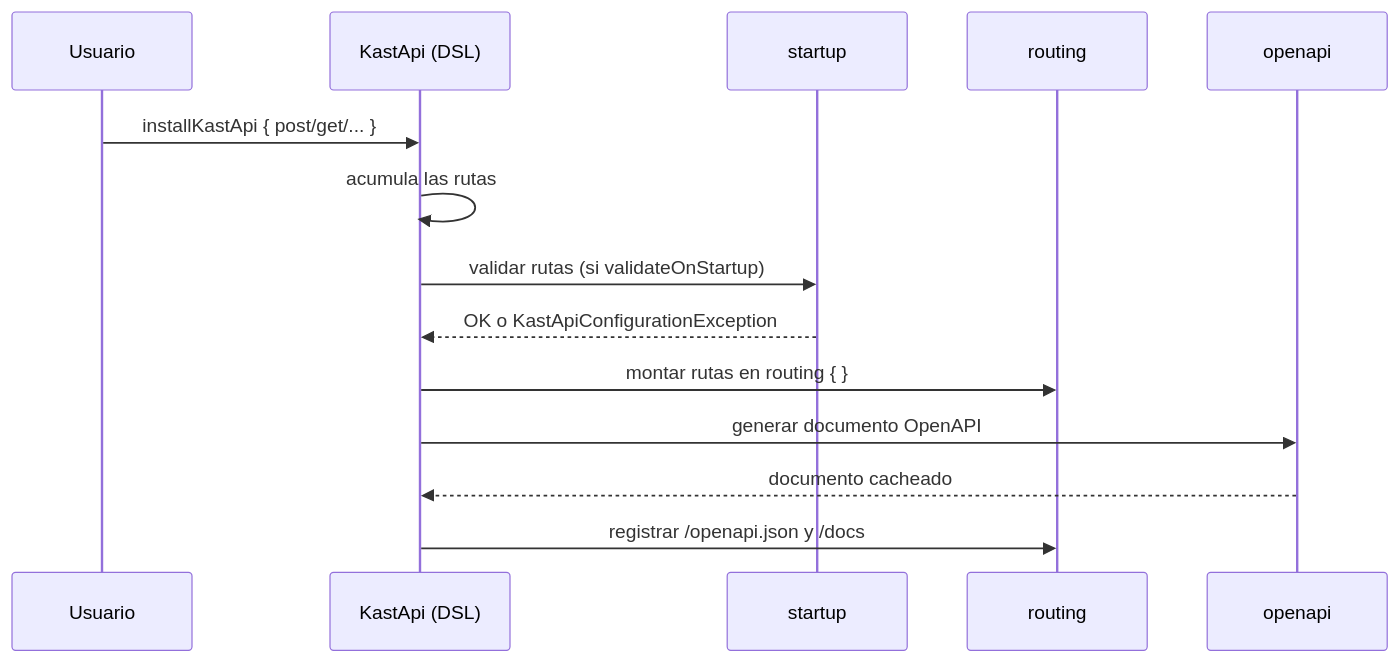
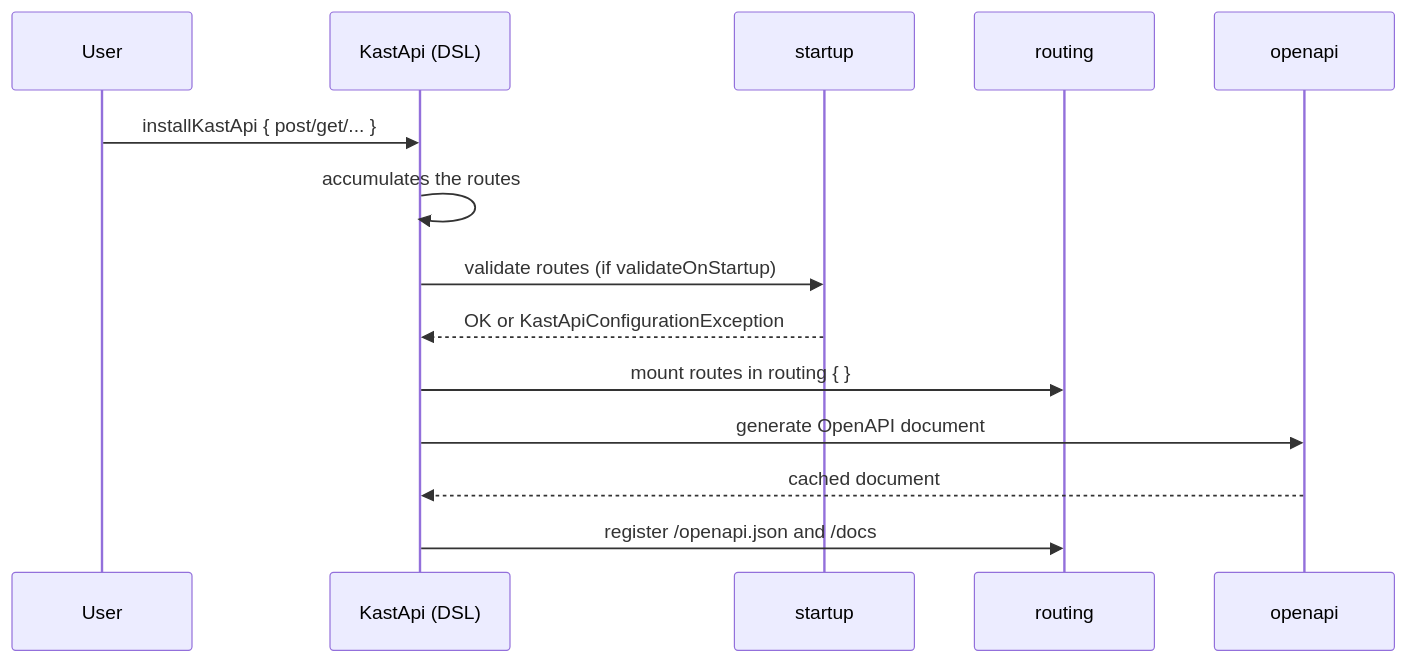
The second of 4 diagrams in docs/ARCHITECTURE.md (josedlujan/kastapi), drawn with Mermaid before and after one commit. The commit also changed other lines of this file, not shown here.

Commit message:
docs: translate the architecture guide to English

````diff
--- a/docs/ARCHITECTURE.md
+++ b/docs/ARCHITECTURE.md
@@ -83,16 +83,16 @@
 ```mermaid
 sequenceDiagram
-    participant U as Usuario
+    participant U as User
     participant K as KastApi (DSL)
     participant S as startup
     participant R as routing
     participant O as openapi
     U->>K: installKastApi { post/get/... }
-    K->>K: acumula las rutas
-    K->>S: validar rutas (si validateOnStartup)
-    S-->>K: OK o KastApiConfigurationException
-    K->>R: montar rutas en routing { }
-    K->>O: generar documento OpenAPI
-    O-->>K: documento cacheado
-    K->>R: registrar /openapi.json y /docs
+    K->>K: accumulates the routes
+    K->>S: validate routes (if validateOnStartup)
+    S-->>K: OK or KastApiConfigurationException
+    K->>R: mount routes in routing { }
+    K->>O: generate OpenAPI document
+    O-->>K: cached document
+    K->>R: register /openapi.json and /docs
 ```
````
